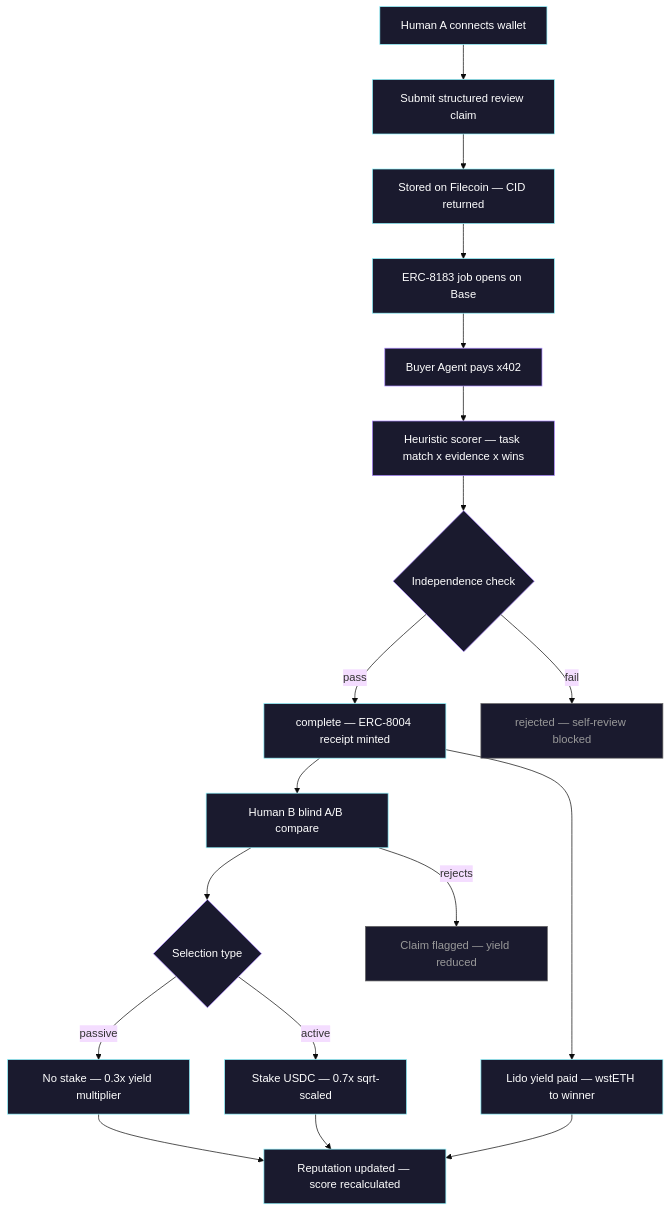
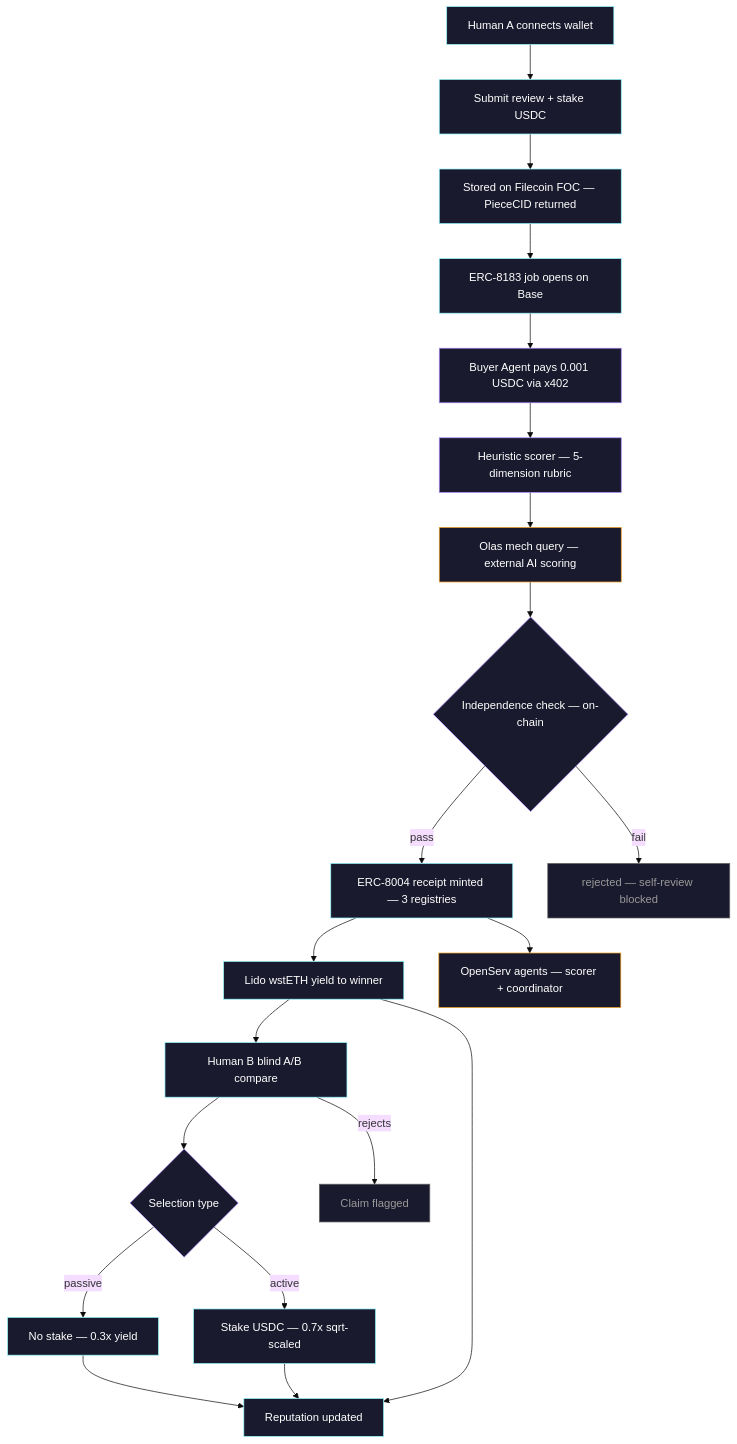
Before and after one commit to StakeHumanSignal/StakeHumanSignal: the diagram in README.md, drawn with Mermaid (base theme).

Commit message:
docs: update mermaid diagram — add Olas mech, OpenServ, FOC, x402 detail

````diff
--- a/README.md
+++ b/README.md
@@ -95,37 +95,41 @@
 ```mermaid
 graph TD
-    A[Human A connects wallet] --> B[Submit structured review claim]
-    B --> C[Stored on Filecoin — CID returned]
+    A[Human A connects wallet] --> B[Submit review + stake USDC]
+    B --> C[Stored on Filecoin FOC — PieceCID returned]
     C --> D[ERC-8183 job opens on Base]
-    D --> E[Buyer Agent pays x402]
-    E --> F[Heuristic scorer — task match x evidence x wins]
-    F --> G{Independence check}
-    G -->|pass| H[complete — ERC-8004 receipt minted]
+    D --> E[Buyer Agent pays 0.001 USDC via x402]
+    E --> F[Heuristic scorer — 5-dimension rubric]
+    F --> O[Olas mech query — external AI scoring]
+    O --> G{Independence check — on-chain}
+    G -->|pass| H[ERC-8004 receipt minted — 3 registries]
     G -->|fail| I[rejected — self-review blocked]
-    H --> J[Lido yield paid — wstETH to winner]
-    H --> K[Human B blind A/B compare]
+    H --> J[Lido wstETH yield to winner]
+    H --> S[OpenServ agents — scorer + coordinator]
+    J --> K[Human B blind A/B compare]
     K --> K1{Selection type}
-    K1 -->|passive| K2[No stake — 0.3x yield multiplier]
+    K1 -->|passive| K2[No stake — 0.3x yield]
     K1 -->|active| K3[Stake USDC — 0.7x sqrt-scaled]
-    K2 --> L[Reputation updated — score recalculated]
+    K2 --> L[Reputation updated]
     K3 --> L
-    K -->|rejects| M[Claim flagged — yield reduced]
+    K -->|rejects| M[Claim flagged]
     J --> L
 
     style A fill:#1a1a2e,stroke:#8ff5ff,color:#fff
     style B fill:#1a1a2e,stroke:#8ff5ff,color:#fff
     style C fill:#1a1a2e,stroke:#8ff5ff,color:#fff
     style D fill:#1a1a2e,stroke:#8ff5ff,color:#fff
     style E fill:#1a1a2e,stroke:#ac89ff,color:#fff
     style F fill:#1a1a2e,stroke:#ac89ff,color:#fff
+    style O fill:#1a1a2e,stroke:#F5A623,color:#fff
     style G fill:#1a1a2e,stroke:#ac89ff,color:#fff
     style H fill:#1a1a2e,stroke:#8ff5ff,color:#fff
     style I fill:#1a1a2e,stroke:#666,color:#999
     style J fill:#1a1a2e,stroke:#8ff5ff,color:#fff
+    style S fill:#1a1a2e,stroke:#F5A623,color:#fff
     style K fill:#1a1a2e,stroke:#8ff5ff,color:#fff
     style K1 fill:#1a1a2e,stroke:#ac89ff,color:#fff
     style K2 fill:#1a1a2e,stroke:#8ff5ff,color:#fff
     style K3 fill:#1a1a2e,stroke:#8ff5ff,color:#fff
     style L fill:#1a1a2e,stroke:#8ff5ff,color:#fff
     style M fill:#1a1a2e,stroke:#666,color:#999
 ```
````
